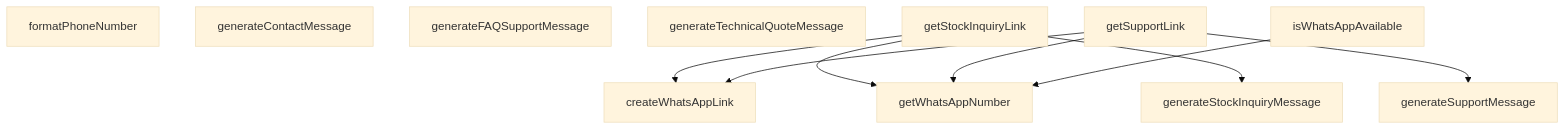
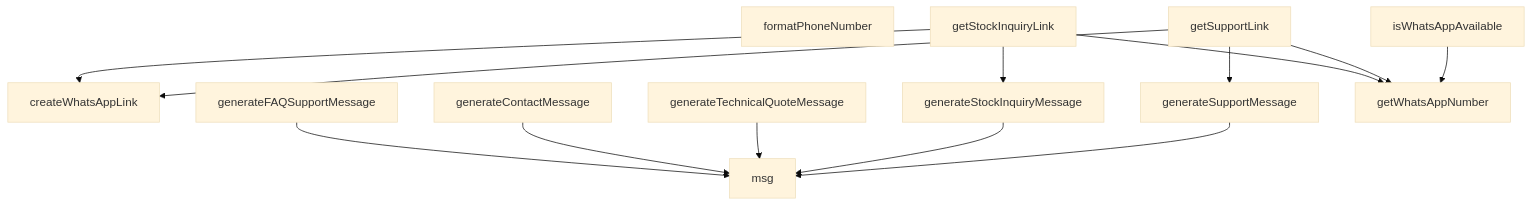
One commit to peckop/venthub-hvac-esite changed the diagram in src/utils/whatsapp.md. Above: the diagram before and after it, drawn with Mermaid (base theme). The commit also changed other lines of this file and 22 other files, not shown here.

````diff
--- a/src/utils/whatsapp.md
+++ b/src/utils/whatsapp.md
@@ -161,21 +250,27 @@
 ```mermaid
 graph TD
     whatsapp_ts__createWhatsAppLink["createWhatsAppLink"]
     whatsapp_ts__formatPhoneNumber["formatPhoneNumber"]
     whatsapp_ts__generateContactMessage["generateContactMessage"]
     whatsapp_ts__generateFAQSupportMessage["generateFAQSupportMessage"]
     whatsapp_ts__generateStockInquiryMessage["generateStockInquiryMessage"]
     whatsapp_ts__generateSupportMessage["generateSupportMessage"]
     whatsapp_ts__generateTechnicalQuoteMessage["generateTechnicalQuoteMessage"]
     whatsapp_ts__getStockInquiryLink["getStockInquiryLink"]
     whatsapp_ts__getSupportLink["getSupportLink"]
     whatsapp_ts__getWhatsAppNumber["getWhatsAppNumber"]
     whatsapp_ts__isWhatsAppAvailable["isWhatsAppAvailable"]
-    whatsapp_ts__getStockInquiryLink --> whatsapp_ts__createWhatsAppLink
-    whatsapp_ts__getSupportLink --> whatsapp_ts__generateSupportMessage
-    whatsapp_ts__getStockInquiryLink --> whatsapp_ts__getWhatsAppNumber
-    whatsapp_ts__getSupportLink --> whatsapp_ts__createWhatsAppLink
-    whatsapp_ts__getSupportLink --> whatsapp_ts__getWhatsAppNumber
+    whatsapp_ts__msg["msg"]
     whatsapp_ts__getStockInquiryLink --> whatsapp_ts__generateStockInquiryMessage
     whatsapp_ts__isWhatsAppAvailable --> whatsapp_ts__getWhatsAppNumber
+    whatsapp_ts__generateSupportMessage --> whatsapp_ts__msg
+    whatsapp_ts__getSupportLink --> whatsapp_ts__createWhatsAppLink
+    whatsapp_ts__generateStockInquiryMessage --> whatsapp_ts__msg
+    whatsapp_ts__getSupportLink --> whatsapp_ts__generateSupportMessage
+    whatsapp_ts__generateTechnicalQuoteMessage --> whatsapp_ts__msg
+    whatsapp_ts__generateContactMessage --> whatsapp_ts__msg
+    whatsapp_ts__getSupportLink --> whatsapp_ts__getWhatsAppNumber
+    whatsapp_ts__generateFAQSupportMessage --> whatsapp_ts__msg
+    whatsapp_ts__getStockInquiryLink --> whatsapp_ts__getWhatsAppNumber
+    whatsapp_ts__getStockInquiryLink --> whatsapp_ts__createWhatsAppLink
 ```
````
